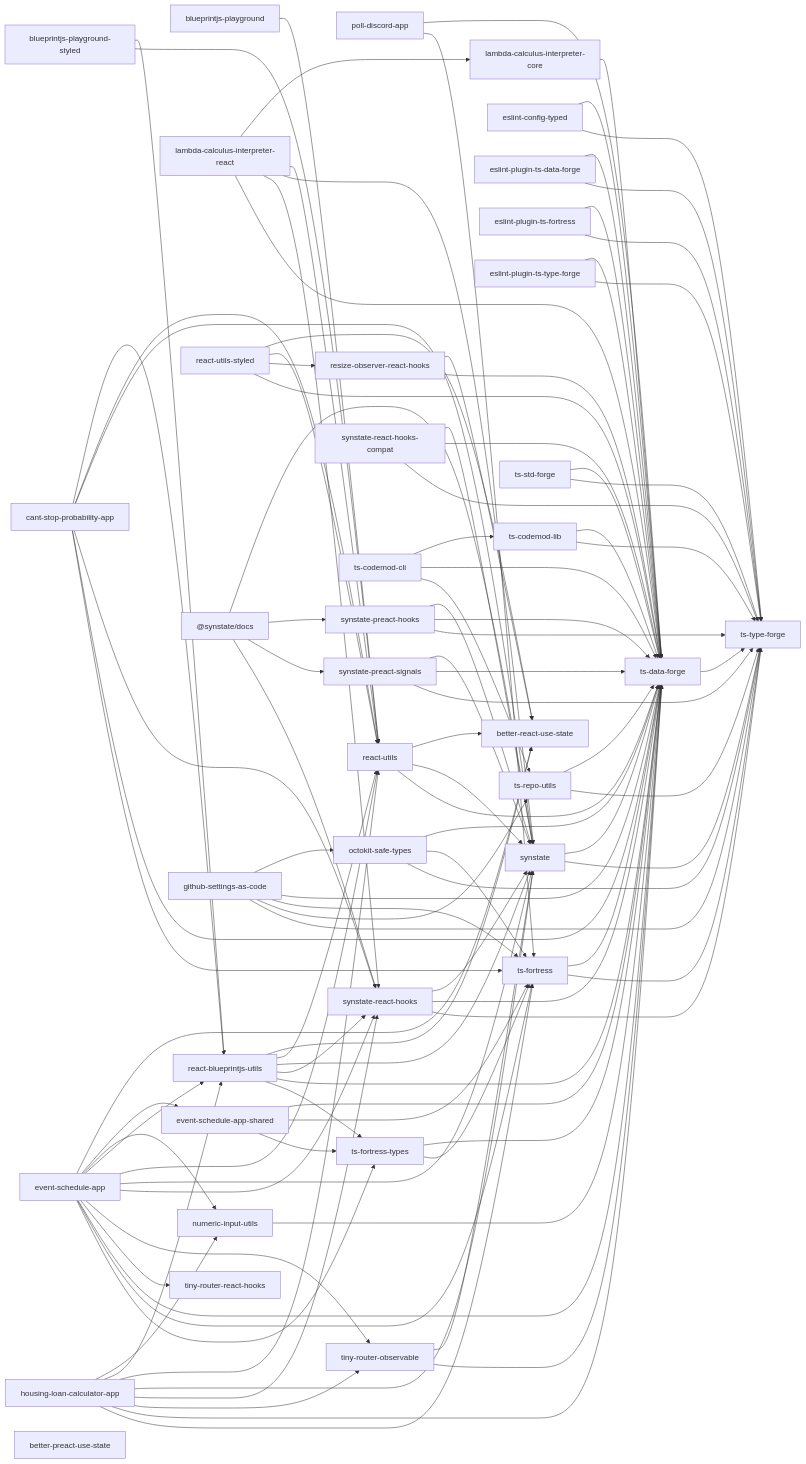
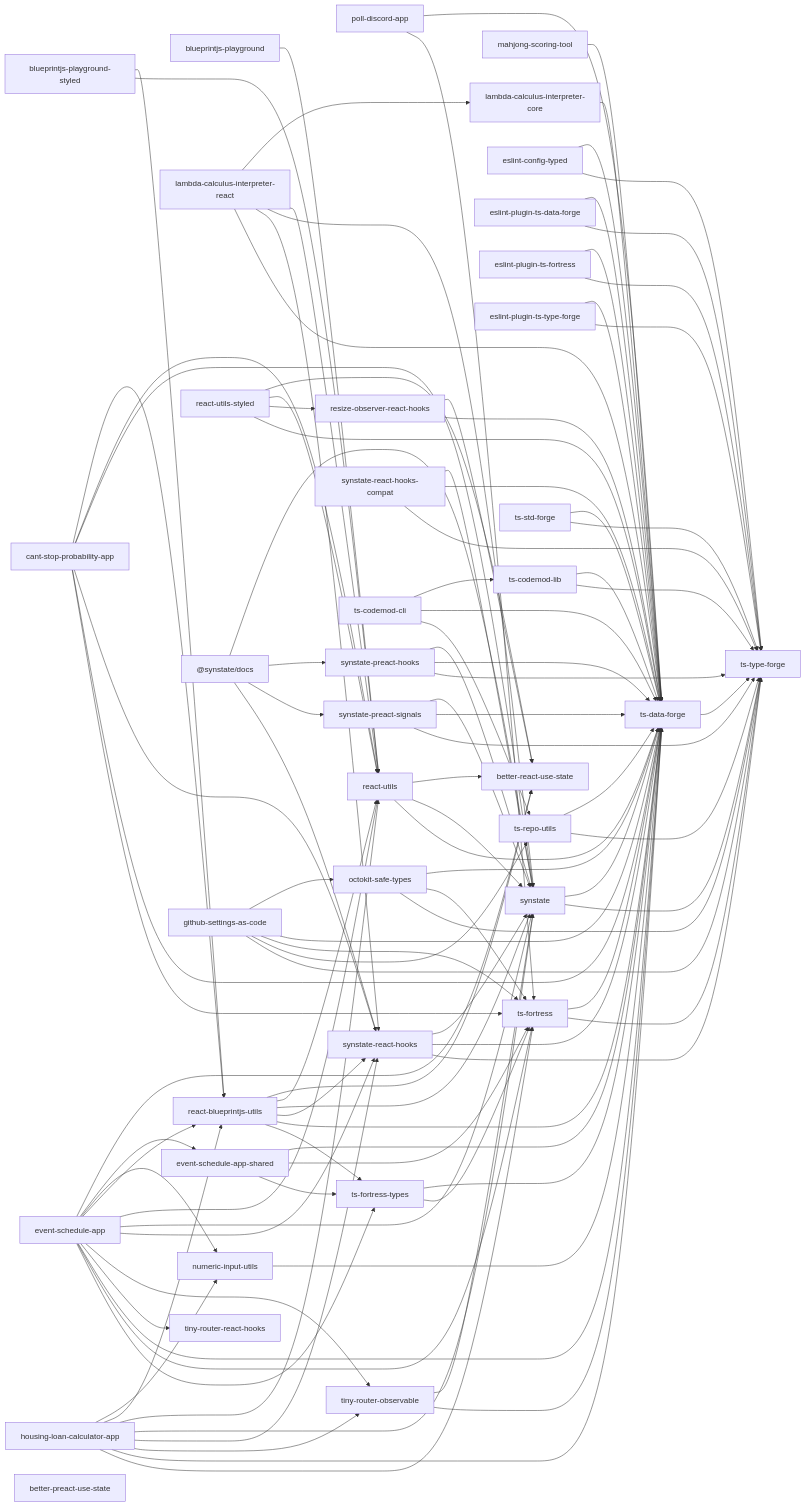
Before and after one commit to noshiro-pf/mono: the diagram in docs/package-dependencies.md, drawn with Mermaid. The commit also changed other lines of this file and 22 other files, not shown here.

```diff
--- a/docs/package-dependencies.md
+++ b/docs/package-dependencies.md
@@ -20,6 +20,7 @@
   housing_loan_calculator_app["housing-loan-calculator-app"]
   lambda_calculus_interpreter_core["lambda-calculus-interpreter-core"]
   lambda_calculus_interpreter_react["lambda-calculus-interpreter-react"]
+  mahjong_scoring_tool["mahjong-scoring-tool"]
   numeric_input_utils["numeric-input-utils"]
   poll_discord_app["poll-discord-app"]
   react_blueprintjs_utils["react-blueprintjs-utils"]
@@ -88,6 +89,7 @@
   lambda_calculus_interpreter_react --> synstate
   lambda_calculus_interpreter_react --> synstate_react_hooks
   lambda_calculus_interpreter_react --> ts_data_forge
+  mahjong_scoring_tool --> ts_data_forge
   numeric_input_utils --> ts_data_forge
   poll_discord_app --> ts_data_forge
   poll_discord_app --> ts_fortress
```
